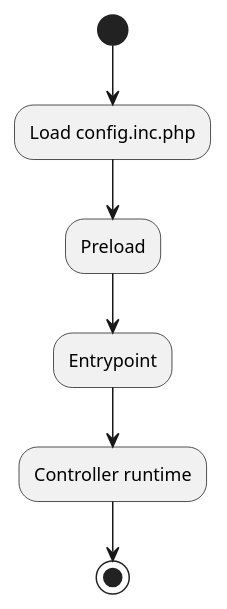
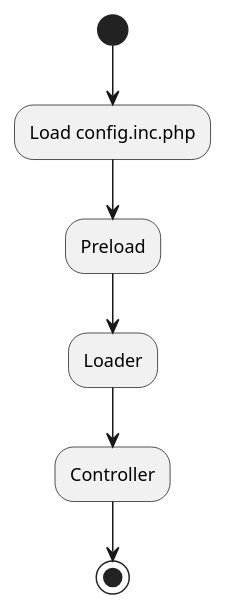
One commit to javanile/vtiger-preload changed the diagram in stages.puml. Above: the diagram before and after it, drawn with PlantUML.

```diff
--- a/stages.puml
+++ b/stages.puml
@@ -1,13 +1,13 @@
 @startuml
 
 (*) --> "Load config.inc.php"
 
 "Load config.inc.php" --> "Preload"
 
-"Preload" --> "Entrypoint"
+"Preload" --> "Loader"
 
-"Entrypoint" --> "Controller runtime" 
+"Loader" --> "Controller" 
 
-"Controller runtime" --> (*)
+"Controller" --> (*)
 
 @enduml
```
